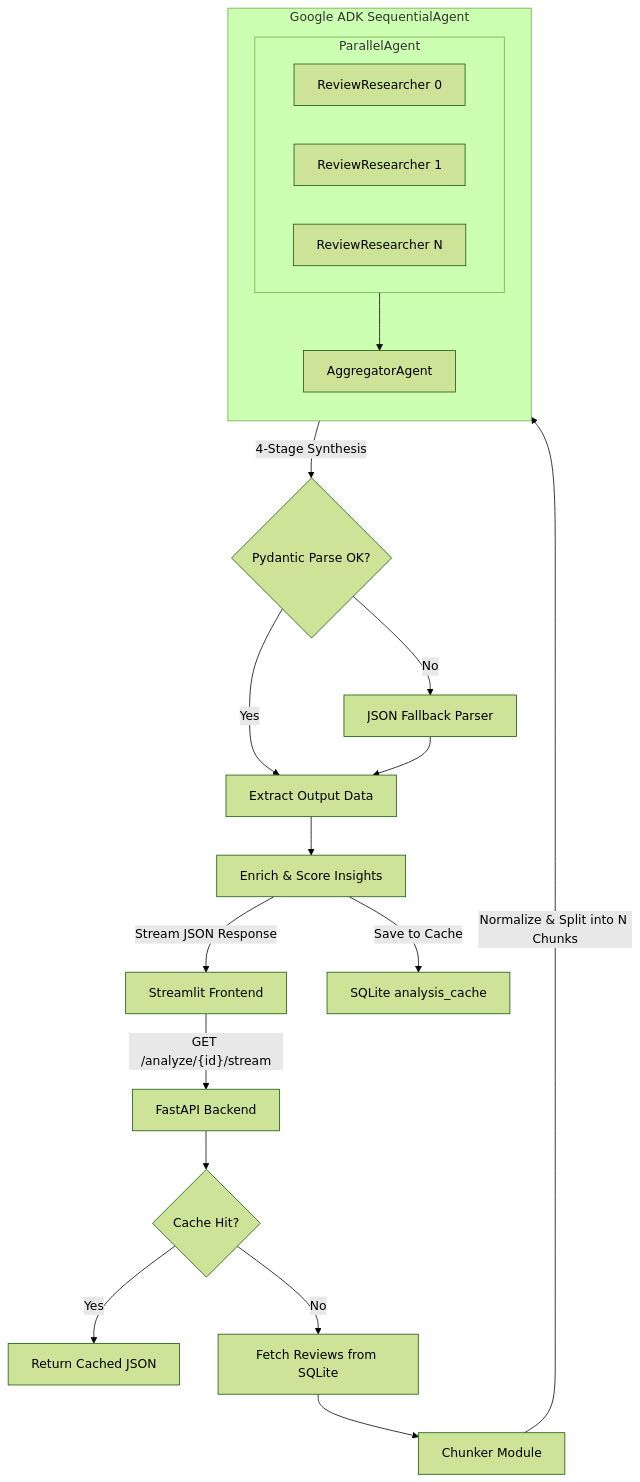
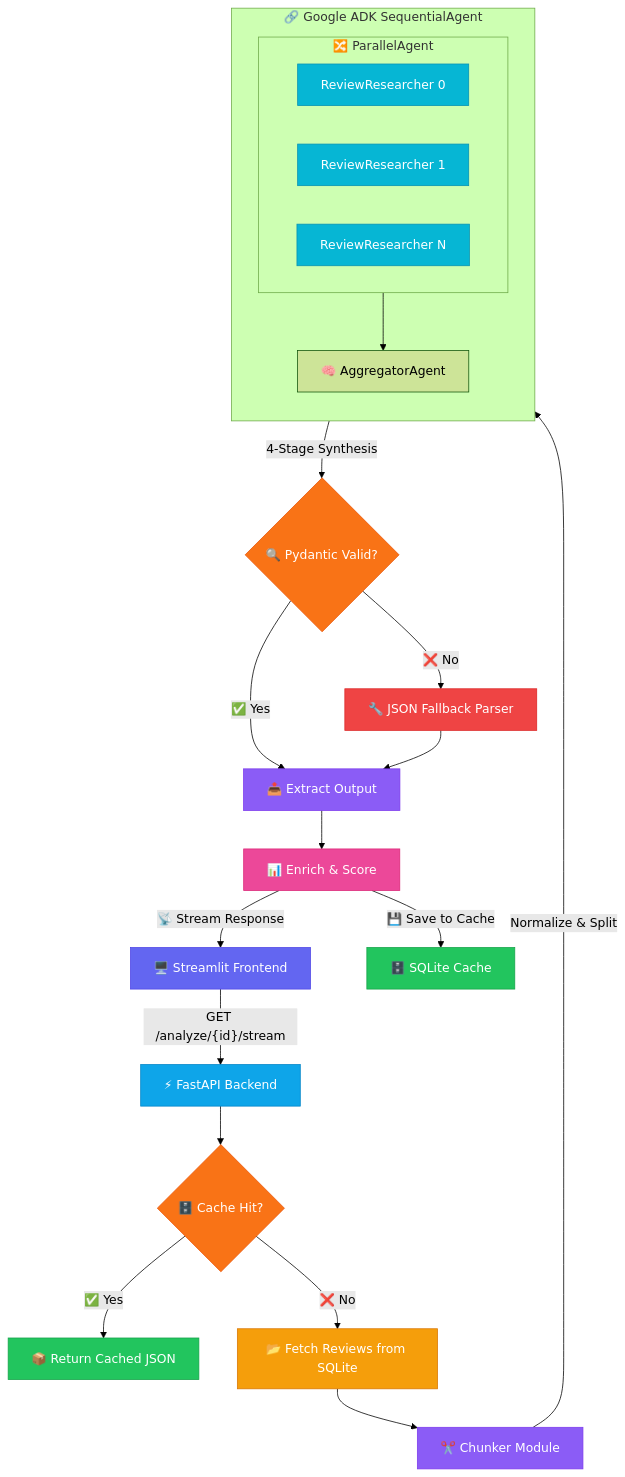
One commit to mhlohh/ai_business_insight changed the diagram in README.md. Above: the diagram before and after it, drawn with Mermaid (forest theme). The commit also changed other lines of this file, not shown here.

Commit message:
docs: enhance README with architecture diagram, project structure, and API reference documentation

````diff
--- a/README.md
+++ b/README.md
@@ -14,32 +24,42 @@
 ```mermaid
 graph TD
-    A["Streamlit Frontend"] -->|"GET /analyze/{id}/stream"| B["FastAPI Backend"]
+    A["🖥️ Streamlit Frontend"]:::frontend -->|"GET /analyze/{id}/stream"| B["⚡ FastAPI Backend"]:::backend
 
-    B --> C{"Cache Hit?"}
-    C -->|"Yes"| Z["Return Cached JSON"]
-    C -->|"No"| D["Fetch Reviews from SQLite"]
+    B --> C{"🗄️ Cache Hit?"}:::decision
+    C -->|"✅ Yes"| Z["📦 Return Cached JSON"]:::cache
+    C -->|"❌ No"| D["📂 Fetch Reviews from SQLite"]:::database
 
-    D --> E["Chunker Module"]
-    E -->|"Normalize & Split into N Chunks"| F["Google ADK SequentialAgent"]
+    D --> E["✂️ Chunker Module"]:::processing
+    E -->|"Normalize & Split"| SEQ
 
-    subgraph F["Google ADK SequentialAgent"]
+    subgraph SEQ ["🔗 Google ADK SequentialAgent"]
         direction TB
-        G["ParallelAgent"] --> H["AggregatorAgent"]
+        PAR["🔀 ParallelAgent"] --> AGG["🧠 AggregatorAgent"]
     end
 
-    subgraph G["ParallelAgent"]
+    subgraph PAR ["🔀 ParallelAgent"]
         direction LR
-        R0["ReviewResearcher 0"]
-        R1["ReviewResearcher 1"]
-        RN["ReviewResearcher N"]
+        R0["ReviewResearcher 0"]:::agent
+        R1["ReviewResearcher 1"]:::agent
+        RN["ReviewResearcher N"]:::agent
     end
 
-    H -->|"4-Stage Synthesis"| I{"Pydantic Parse OK?"}
-    I -->|"Yes"| J["Extract Output Data"]
-    I -->|"No"| K["JSON Fallback Parser"]
-    K --> J
+    AGG -->|"4-Stage Synthesis"| VAL{"🔍 Pydantic Valid?"}:::decision
+    VAL -->|"✅ Yes"| EXT["📤 Extract Output"]:::processing
+    VAL -->|"❌ No"| FB["🔧 JSON Fallback Parser"]:::fallback
+    FB --> EXT
 
-    J --> L["Enrich & Score Insights"]
-    L -->|"Save to Cache"| M["SQLite analysis_cache"]
-    L -->|"Stream JSON Response"| A
+    EXT --> ENR["📊 Enrich & Score"]:::scoring
+    ENR -->|"💾 Save to Cache"| M["🗄️ SQLite Cache"]:::cache
+    ENR -->|"📡 Stream Response"| A
+
+    classDef frontend fill:#6366f1,stroke:#4f46e5,color:#fff
+    classDef backend fill:#0ea5e9,stroke:#0284c7,color:#fff
+    classDef database fill:#f59e0b,stroke:#d97706,color:#fff
+    classDef processing fill:#8b5cf6,stroke:#7c3aed,color:#fff
+    classDef agent fill:#06b6d4,stroke:#0891b2,color:#fff
+    classDef decision fill:#f97316,stroke:#ea580c,color:#fff
+    classDef cache fill:#22c55e,stroke:#16a34a,color:#fff
+    classDef fallback fill:#ef4444,stroke:#dc2626,color:#fff
+    classDef scoring fill:#ec4899,stroke:#db2777,color:#fff
 ```
````
